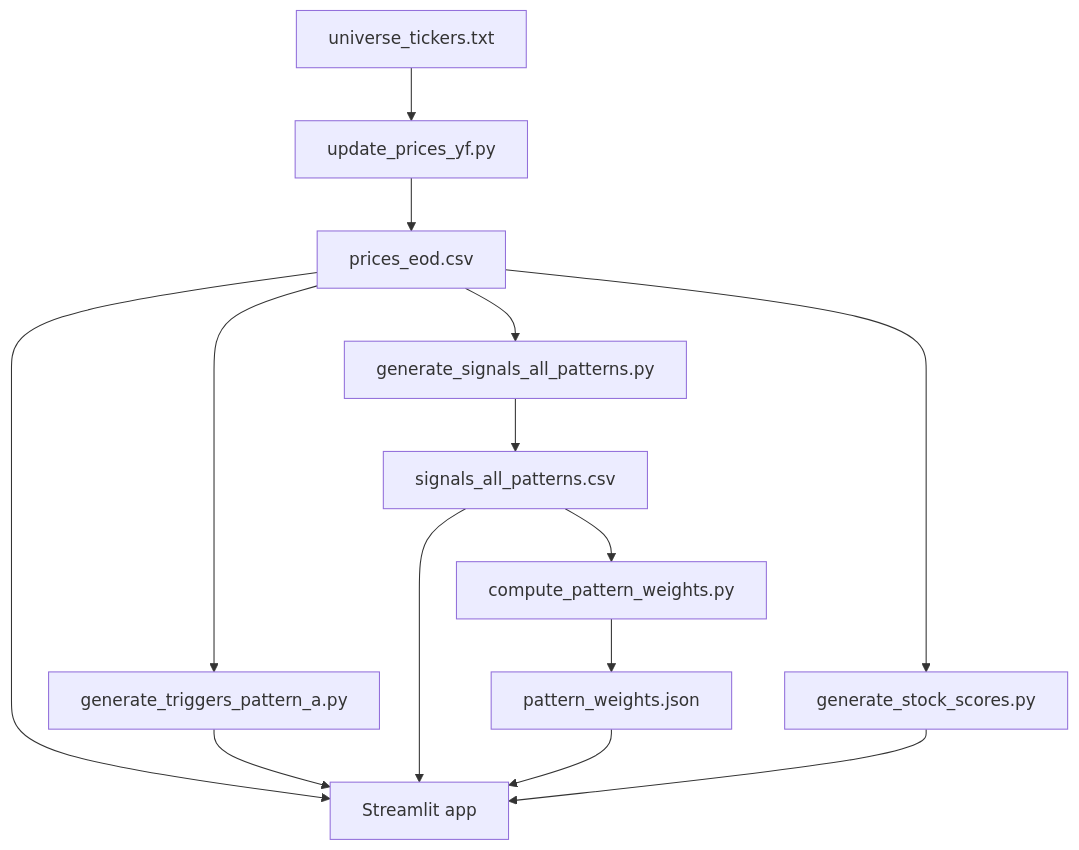
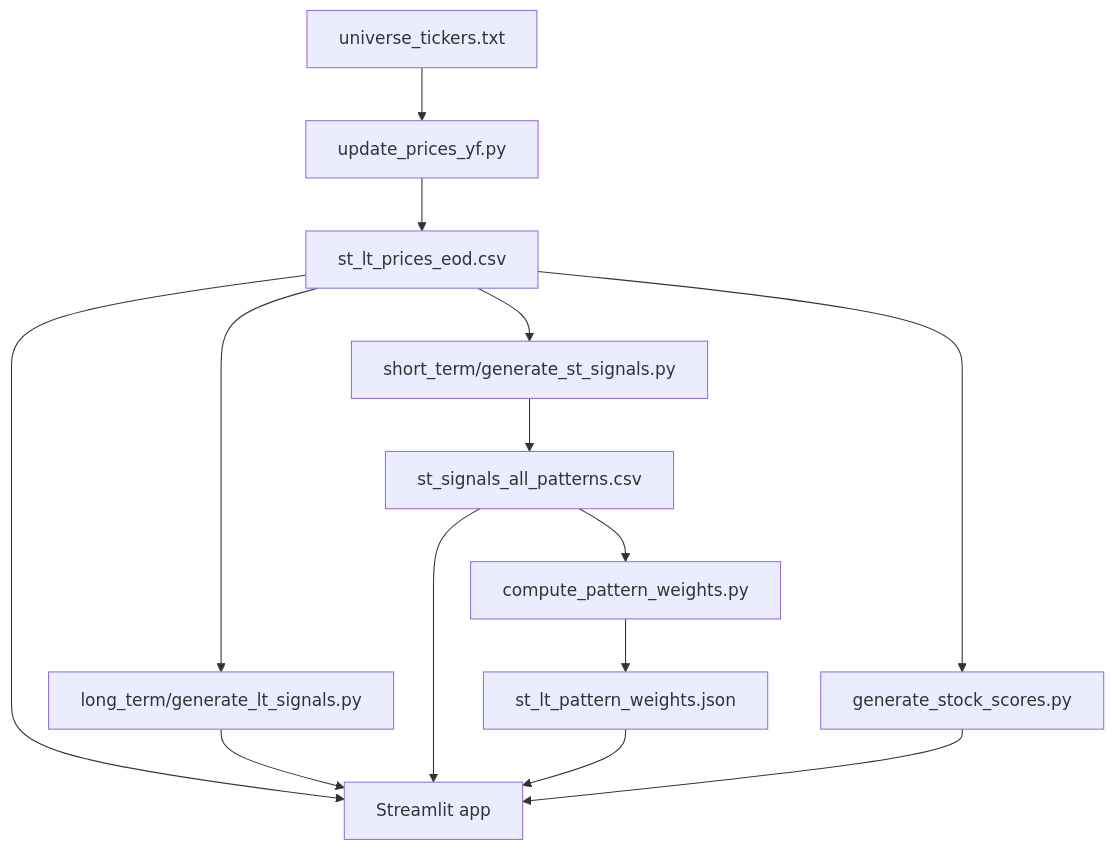
One commit to SarbariRoy/stock-operator changed the diagram in stock_triggers/README.md. Above: the diagram before and after it, drawn with Mermaid. The commit also changed other lines of this file and 80 other files, not shown here.

````diff
--- a/stock_triggers/README.md
+++ b/stock_triggers/README.md
@@ -41,16 +41,16 @@
 ```mermaid
 flowchart TD
     A[universe_tickers.txt] --> B[update_prices_yf.py]
-    B --> C[prices_eod.csv]
-    C --> D[generate_triggers_pattern_a.py]
-    C --> E[generate_signals_all_patterns.py]
-    E --> F[signals_all_patterns.csv]
+    B --> C[st_lt_prices_eod.csv]
+    C --> D[long_term/generate_lt_signals.py]
+    C --> E[short_term/generate_st_signals.py]
+    E --> F[st_signals_all_patterns.csv]
     F --> G[compute_pattern_weights.py]
-    G --> H[pattern_weights.json]
+    G --> H[st_lt_pattern_weights.json]
     C --> I[generate_stock_scores.py]
     C --> J[Streamlit app]
     D --> J
     F --> J
     H --> J
     I --> J
 ```
````
